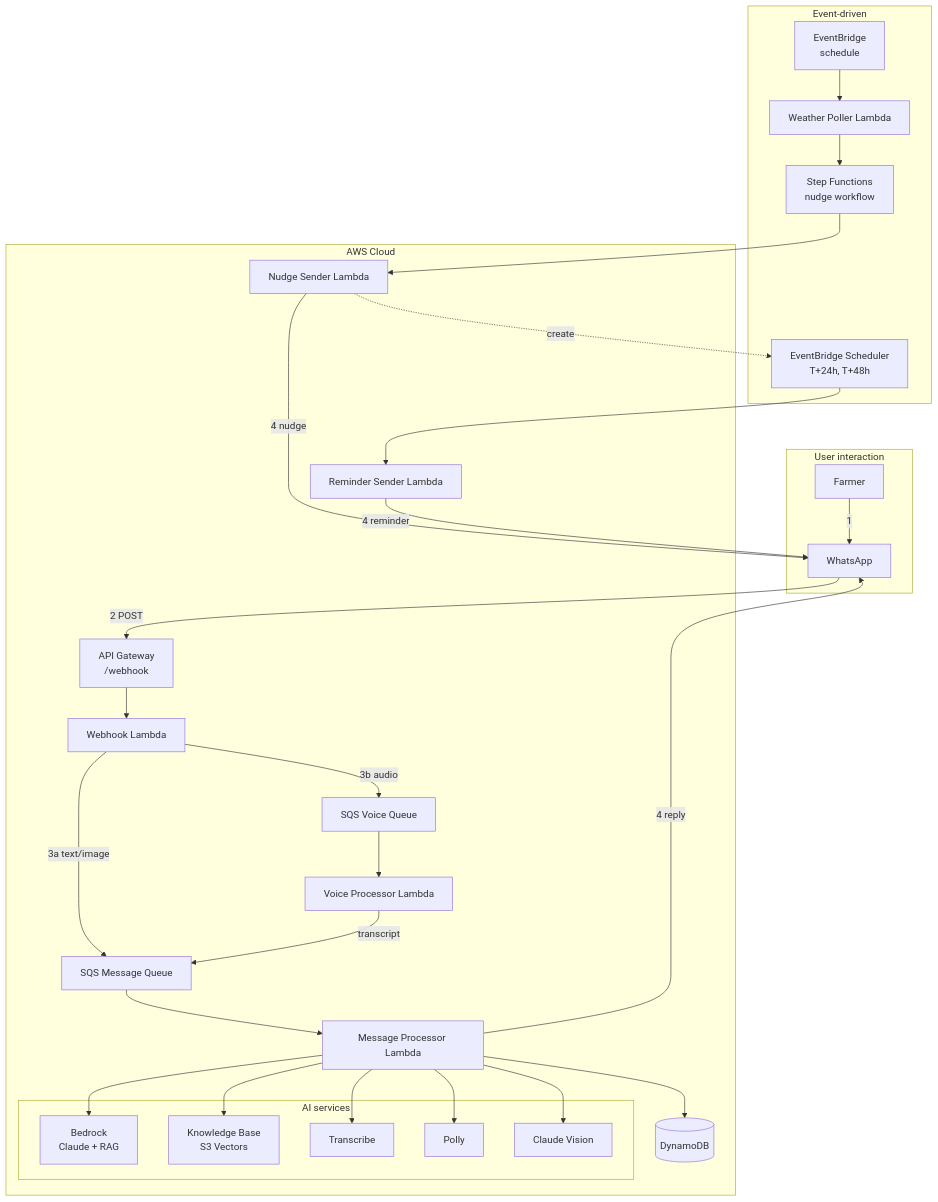
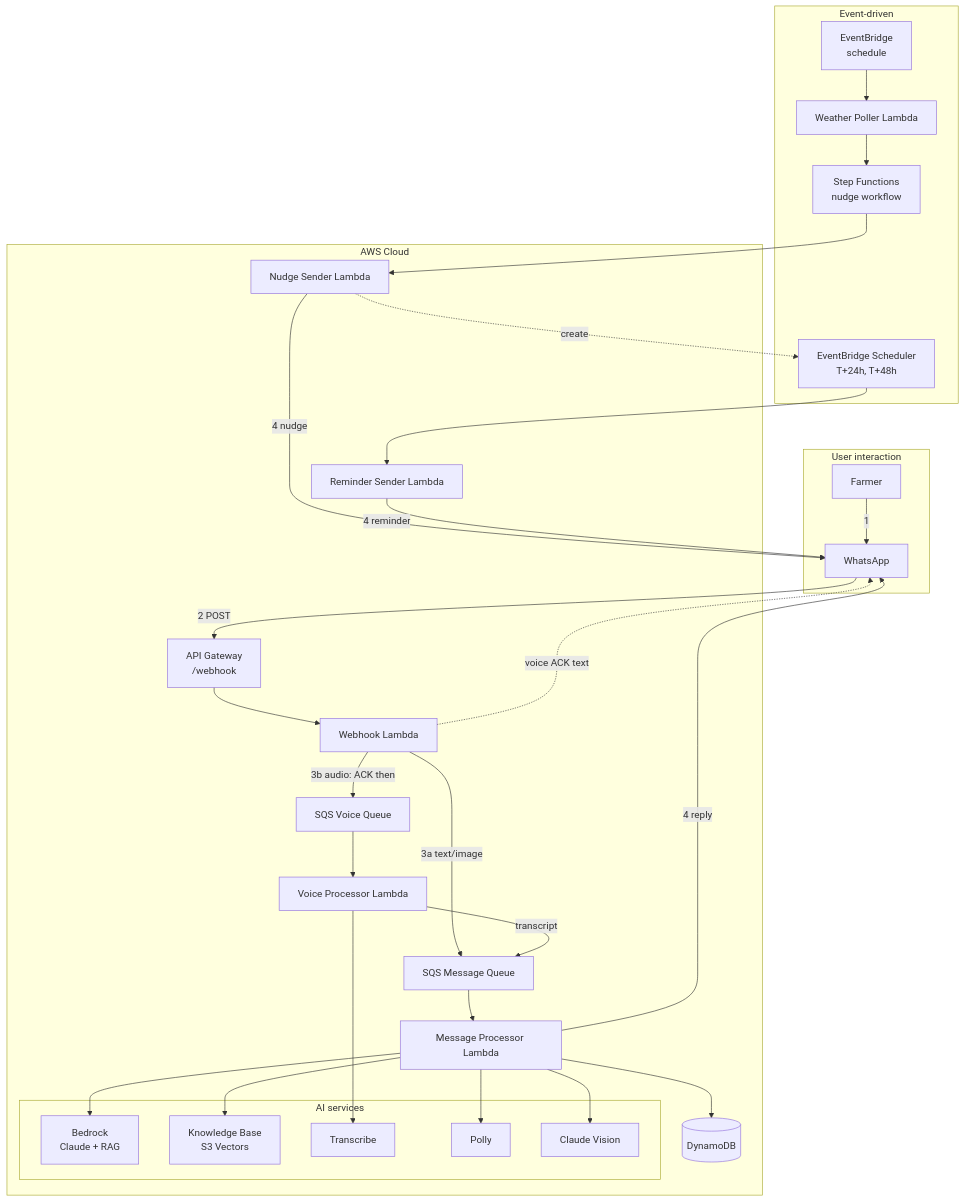
One commit to prasadt1/agrinexus-ai changed the first of 7 diagrams in architecture/diagrams.md. Above: the diagram before and after it, drawn with Mermaid. The commit also changed other lines of this file and 25 other files, not shown here.

First line of the commit message:
Docs: align architecture and requirements with voice ACK and realistic latencies

````diff
--- a/architecture/diagrams.md
+++ b/architecture/diagrams.md
@@ -9,50 +9,51 @@
 ```mermaid
 flowchart TB
     subgraph User["User interaction"]
         Farmer[Farmer]
         WA[WhatsApp]
     end
     Farmer -->|1| WA
 
     subgraph AWS["AWS Cloud"]
         API[API Gateway\n/webhook]
         WH[Webhook Lambda]
         MQ[SQS Message Queue]
         VQ[SQS Voice Queue]
         Proc[Message Processor Lambda]
         VoiceProc[Voice Processor Lambda]
         DDB[(DynamoDB)]
         subgraph AI["AI services"]
             Bedrock[Bedrock\nClaude + RAG]
             KB[Knowledge Base\nS3 Vectors]
             Transcribe[Transcribe]
             Polly[Polly]
             Vision[Claude Vision]
         end
         NudgeSend[Nudge Sender Lambda]
         RemindSend[Reminder Sender Lambda]
     end
 
     WA -->|2 POST| API --> WH
     WH -->|3a text/image| MQ --> Proc
-    WH -->|3b audio| VQ --> VoiceProc
+    WH -->|3b audio: ACK then| VQ --> VoiceProc
+    VoiceProc --> Transcribe
     VoiceProc -->|transcript| MQ
     Proc --> DDB
     Proc --> Bedrock
     Proc --> KB
     Proc --> Vision
-    Proc --> Transcribe
     Proc --> Polly
+    WH -.->|voice ACK text| WA
     Proc -->|4 reply| WA
     NudgeSend -->|4 nudge| WA
     RemindSend -->|4 reminder| WA
 
     subgraph Event["Event-driven"]
         EB[EventBridge\nschedule]
         Poll[Weather Poller Lambda]
         SF[Step Functions\nnudge workflow]
         EBS[EventBridge Scheduler\nT+24h, T+48h]
     end
     EB --> Poll --> SF --> NudgeSend
     NudgeSend -.->|create| EBS --> RemindSend
 ```
````
